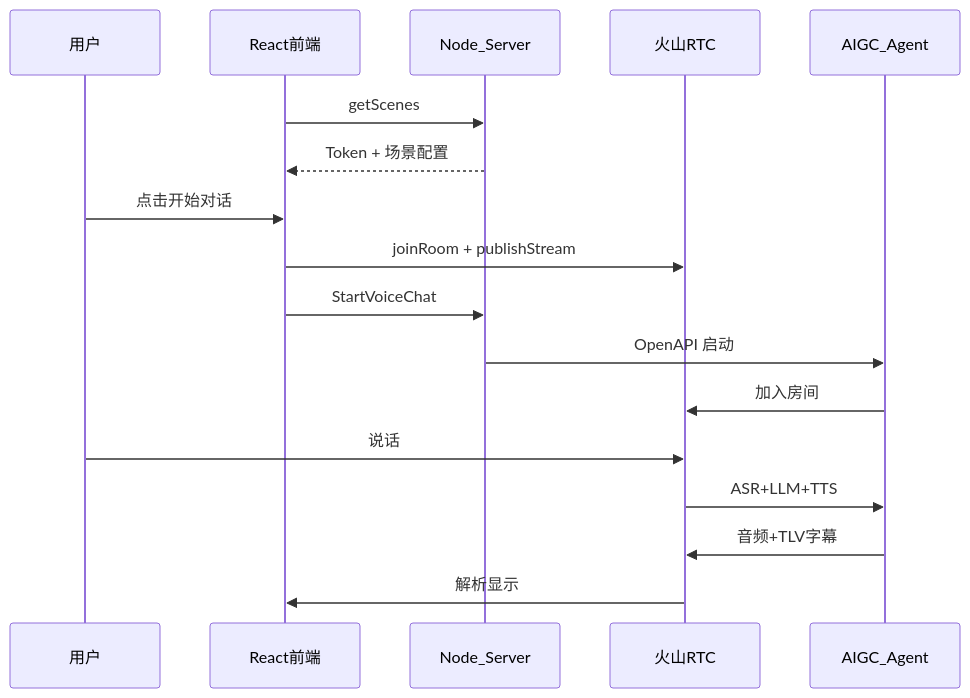
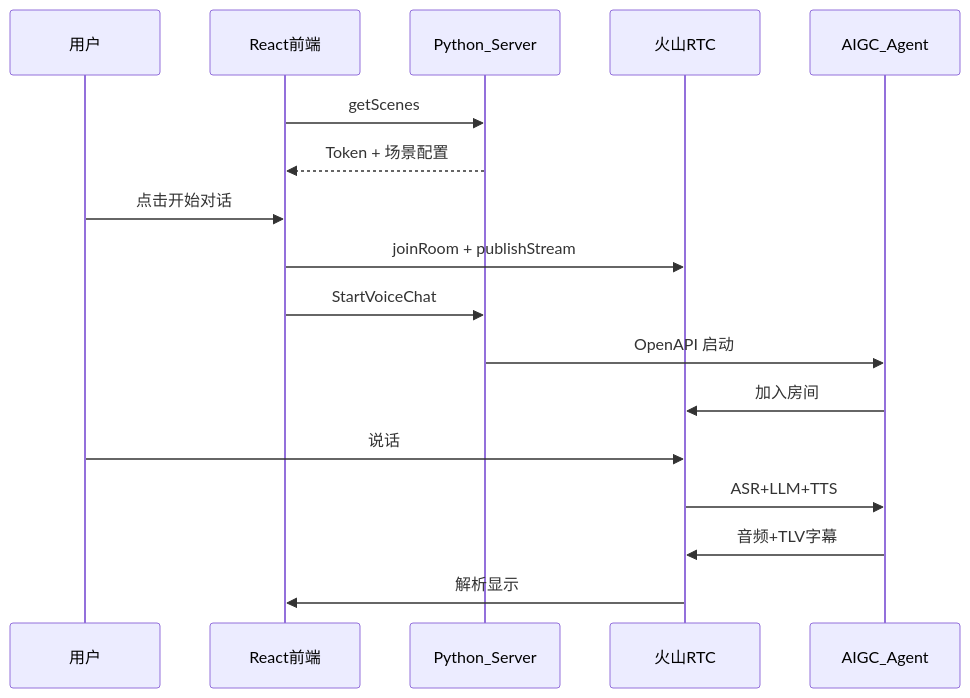
Before and after one commit to lixiaoqiang1/ark_aigc_demo-main: the second of 3 diagrams in doc/04-对话流程与学习路线.md, drawn with Mermaid. The commit also changed other lines of this file and 14 other files, not shown here.

````diff
--- a/doc/04-对话流程与学习路线.md
+++ b/doc/04-对话流程与学习路线.md
@@ -35,20 +35,20 @@
 ```mermaid
 sequenceDiagram
     participant User as 用户
     participant UI as React前端
-    participant Node as Node_Server
+    participant Py as Python_Server
     participant RTC as 火山RTC
     participant Agent as AIGC_Agent
 
-    UI->>Node: getScenes
-    Node-->>UI: Token + 场景配置
+    UI->>Py: getScenes
+    Py-->>UI: Token + 场景配置
     User->>UI: 点击开始对话
     UI->>RTC: joinRoom + publishStream
-    UI->>Node: StartVoiceChat
-    Node->>Agent: OpenAPI 启动
+    UI->>Py: StartVoiceChat
+    Py->>Agent: OpenAPI 启动
     Agent->>RTC: 加入房间
     User->>RTC: 说话
     RTC->>Agent: ASR+LLM+TTS
     Agent->>RTC: 音频+TLV字幕
     RTC->>UI: 解析显示
 ```
````
